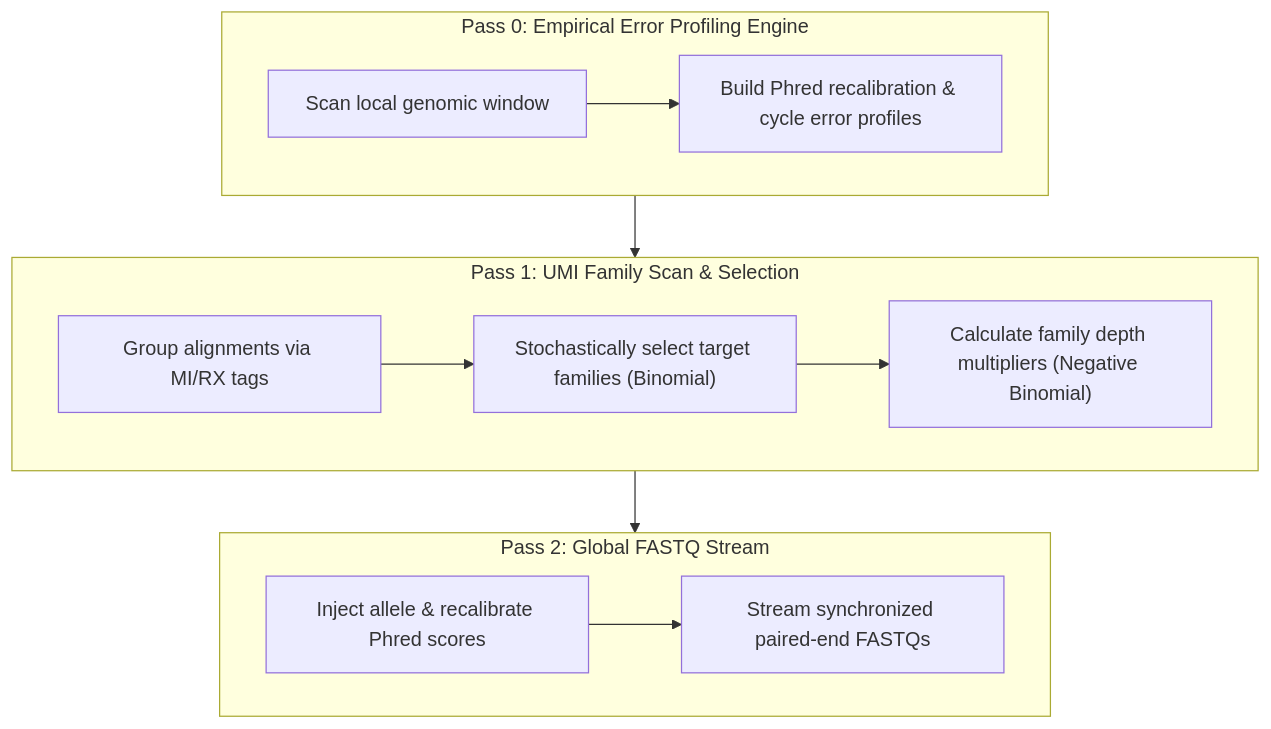
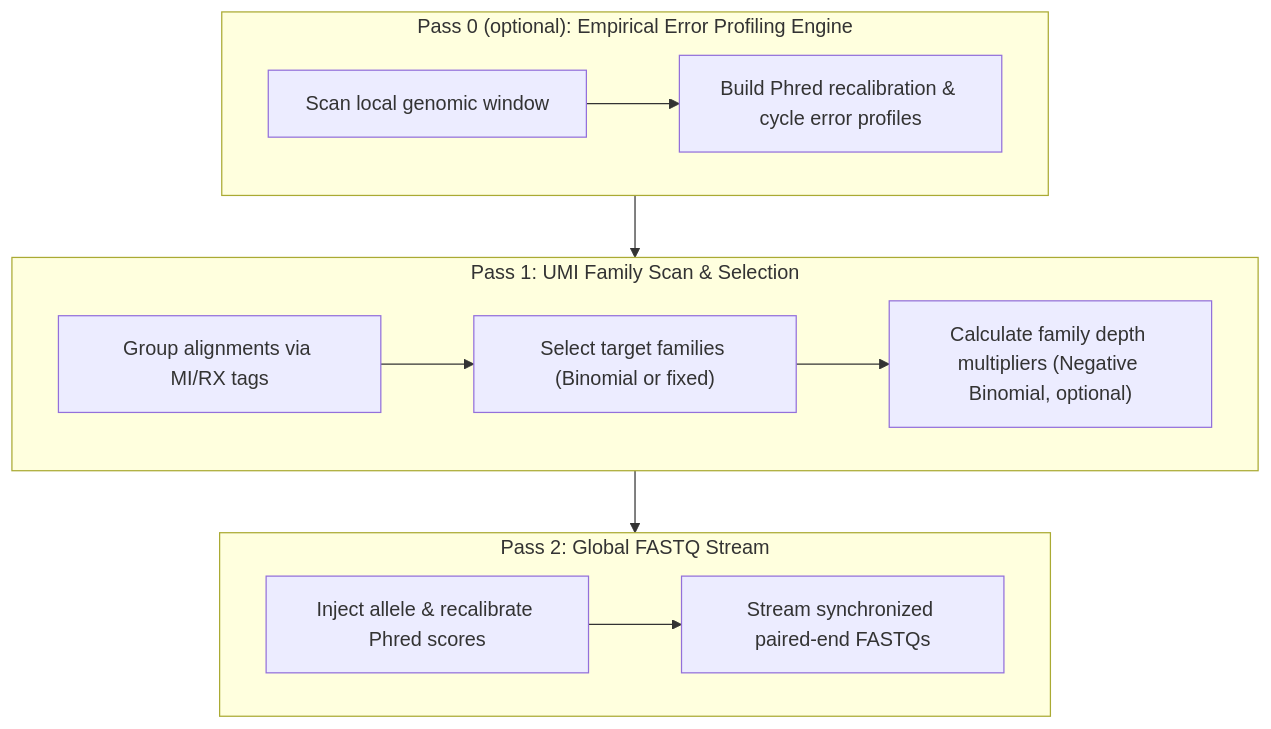
One commit to priyaa98/UMI-VAFSim changed the diagram in README.md. Above: the diagram before and after it, drawn with Mermaid. The commit also changed other lines of this file, not shown here.

````diff
--- a/README.md
+++ b/README.md
@@ -26,18 +34,18 @@
 ```mermaid
 graph TD
-    subgraph Pass0 ["Pass 0: Empirical Error Profiling Engine"]
+    subgraph Pass0 ["Pass 0 (optional): Empirical Error Profiling Engine"]
         P0A["Scan local genomic window"] --> P0B["Build Phred recalibration & cycle error profiles"]
     end
 
     subgraph Pass1 ["Pass 1: UMI Family Scan & Selection"]
-        P1A["Group alignments via MI/RX tags"] --> P1B["Stochastically select target families (Binomial)"]
-        P1B --> P1C["Calculate family depth multipliers (Negative Binomial)"]
+        P1A["Group alignments via MI/RX tags"] --> P1B["Select target families (Binomial or fixed)"]
+        P1B --> P1C["Calculate family depth multipliers (Negative Binomial, optional)"]
     end
 
     subgraph Pass2 ["Pass 2: Global FASTQ Stream"]
         P2A["Inject allele & recalibrate Phred scores"] --> P2B["Stream synchronized paired-end FASTQs"]
     end
 
     Pass0 --> Pass1
     Pass1 --> Pass2
 ```
````
